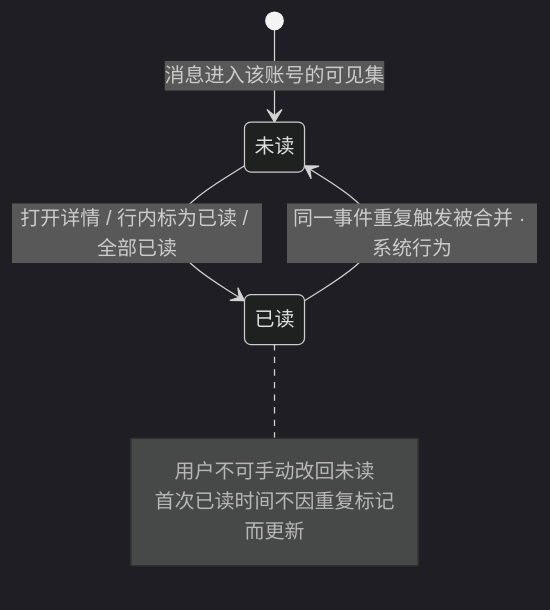
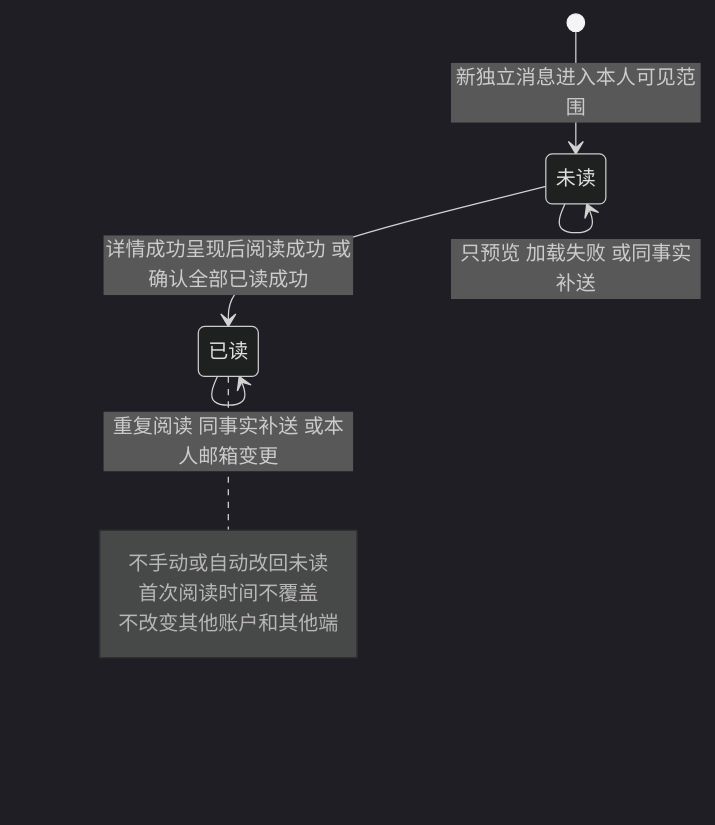
Before and after one commit to wxblockchain/Chain-Financing: the sixth of 7 diagrams in lending-platform/PRD/v1.0-运营端消息通知/v1.0-运营端消息通知-流程图与状态机.md, drawn with Mermaid (dark theme). The commit also changed other lines of this file and 3 other files, not shown here.

````diff
--- a/lending-platform/PRD/v1.0-运营端消息通知/v1.0-运营端消息通知-流程图与状态机.md
+++ b/lending-platform/PRD/v1.0-运营端消息通知/v1.0-运营端消息通知-流程图与状态机.md
@@ -187,11 +140,12 @@
 ```mermaid
 stateDiagram-v2
-    [*] --> 未读: 消息进入该账号的可见集
-    未读 --> 已读: 打开详情 / 行内标为已读 / 全部已读
-    已读 --> 未读: 同一事件重复触发被合并 · 系统行为
-
+    [*] --> 未读: 新独立消息进入本人可见范围
+    未读 --> 已读: 详情成功呈现后阅读成功 或确认全部已读成功
+    未读 --> 未读: 只预览 加载失败 或同事实补送
+    已读 --> 已读: 重复阅读 同事实补送 或本人邮箱变更
     note right of 已读
-        用户不可手动改回未读
-        首次已读时间不因重复标记而更新
+        不手动或自动改回未读
+        首次阅读时间不覆盖
+        不改变其他账户和其他端
     end note
 ```
````
